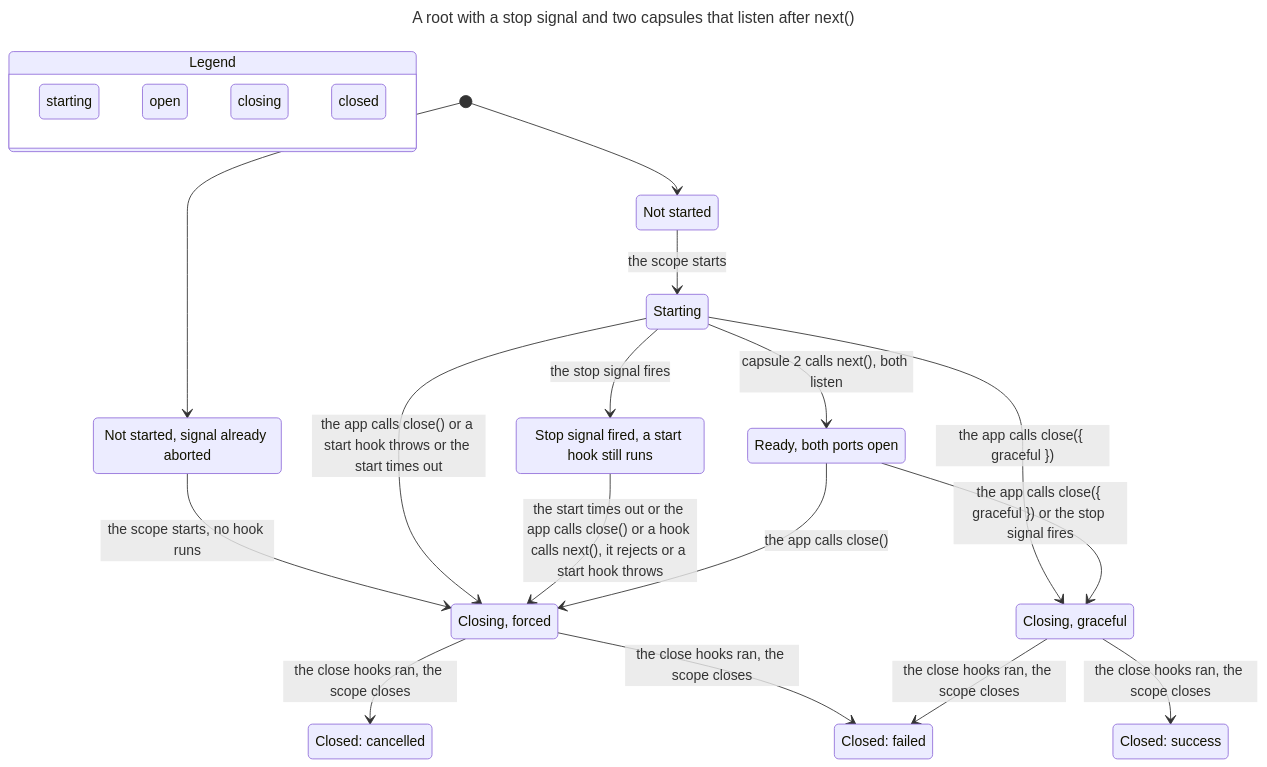
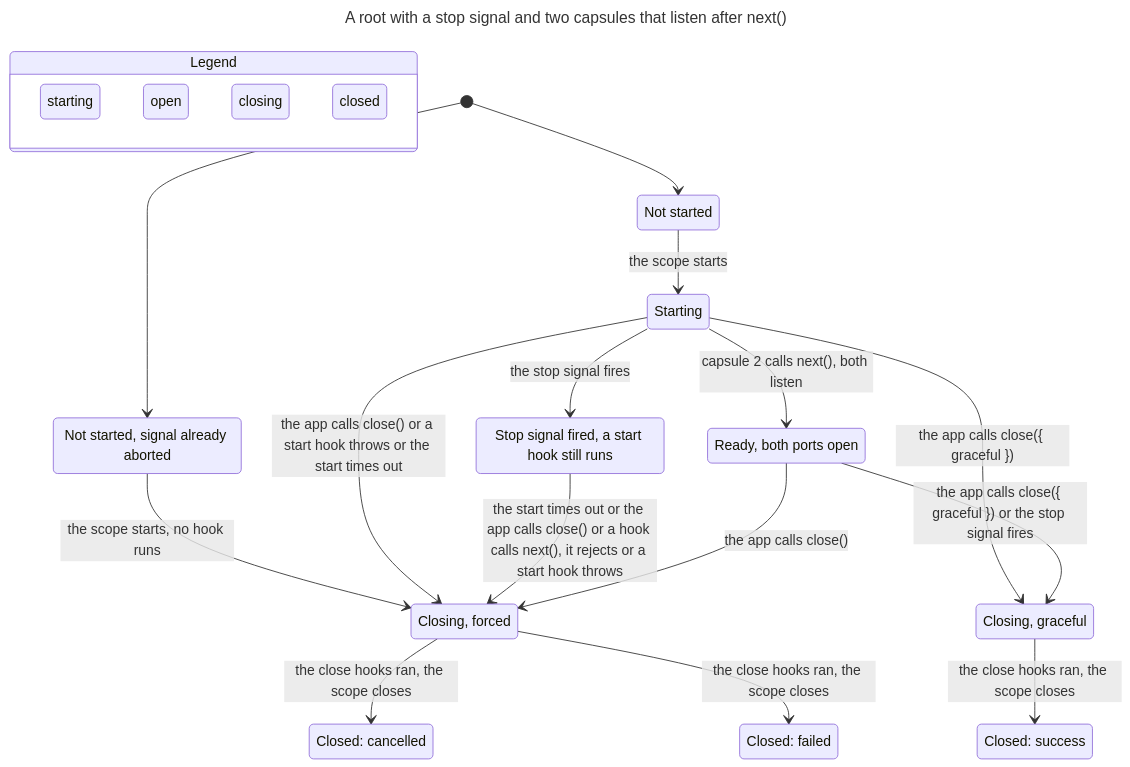
One commit to lagz0ne/tinkered changed the diagram in docs/states/scope-life/chart.mmd. Above: the diagram before and after it, drawn with Mermaid. The commit also changed 3 other files, not shown here.

```diff
--- a/docs/states/scope-life/chart.mmd
+++ b/docs/states/scope-life/chart.mmd
@@ -1,49 +1,48 @@
 ---
 title: "A root with a stop signal and two capsules that listen after next()"
 ---
 stateDiagram-v2
   state "Legend" as legend {
     lg0: starting
     lg1: open
     lg2: closing
     lg3: closed
   }
   class lg0 blue
   class lg1 teal
   class lg2 yellow
   class lg3 tan
   s0: Not started
   s1: Not started, signal already aborted
   s2: Starting
   s3: Closing, forced
   s4: Closing, graceful
   s5: Stop signal fired, a start hook still runs
   s6: Ready, both ports open
   s7: Closed: cancelled
   s8: Closed: success
   s9: Closed: failed
   [*] --> s0
   [*] --> s1
   s0 --> s2: the scope starts
   s1 --> s3: the scope starts, no hook runs
   s2 --> s3: the app calls close() or a start hook throws or the start times out
   s2 --> s4: the app calls close({ graceful })
   s2 --> s5: the stop signal fires
   s2 --> s6: capsule 2 calls next(), both listen
   s5 --> s3: the start times out or the app calls close() or a hook calls next(), it rejects or a start hook throws
   s3 --> s7: the close hooks ran, the scope closes
   s6 --> s3: the app calls close()
   s6 --> s4: the app calls close({ graceful }) or the stop signal fires
   s4 --> s8: the close hooks ran, the scope closes
   s3 --> s9: the close hooks ran, the scope closes
-  s4 --> s9: the close hooks ran, the scope closes
   class s0 blue
   class s1 blue
   class s2 blue
   class s3 yellow
   class s4 yellow
   class s5 blue
   class s6 teal
   class s7 tan
   class s8 tan
   class s9 tan
```
